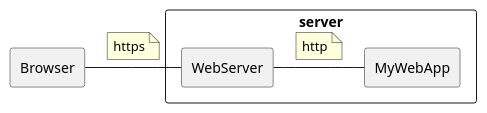
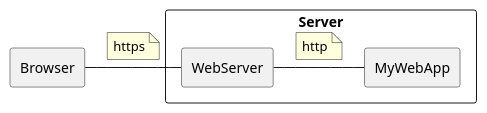
One commit to HiroshiKuboBeng/qiita-content changed the diagram in public/20231129-webCache.md. Above: the diagram before and after it, drawn with PlantUML.

Commit message:
「キャッシュが効かない」の記事

````diff
--- a/public/20231129-webCache.md
+++ b/public/20231129-webCache.md
@@ -29,15 +29,15 @@
 ```plantuml
 rectangle Browser
-rectangle  server {
+rectangle Server {
   rectangle WebServer
   rectangle MyWebApp
 }
 Browser - WebServer
 note right on link
   https
 end note
 WebServer - MyWebApp
 note right on link
   http
 end note
 ```
````
